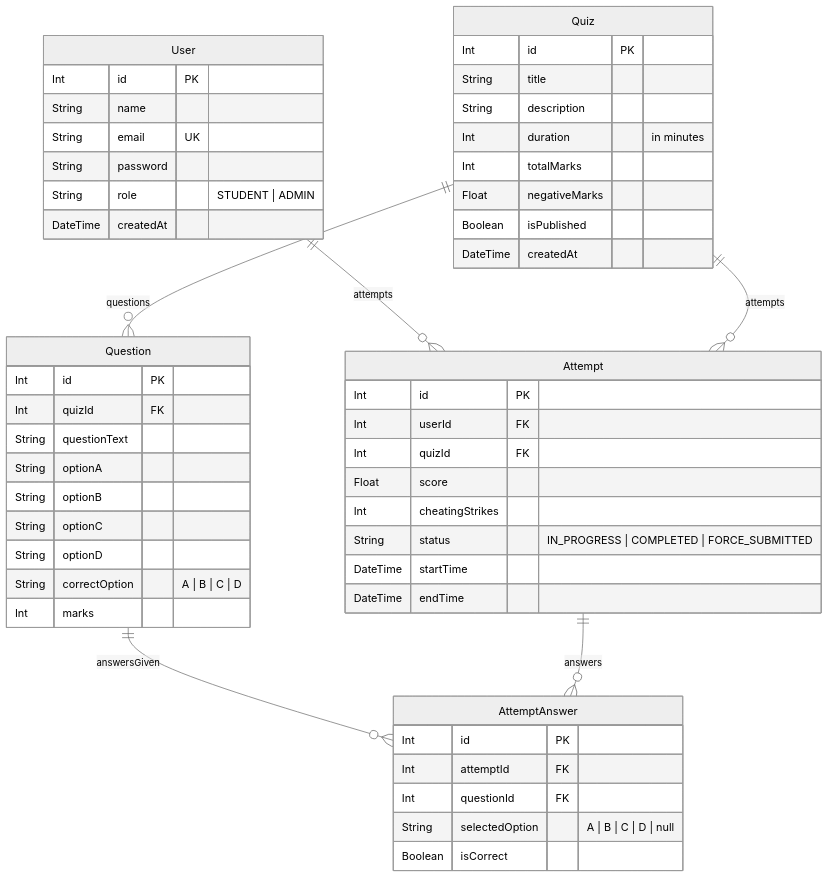
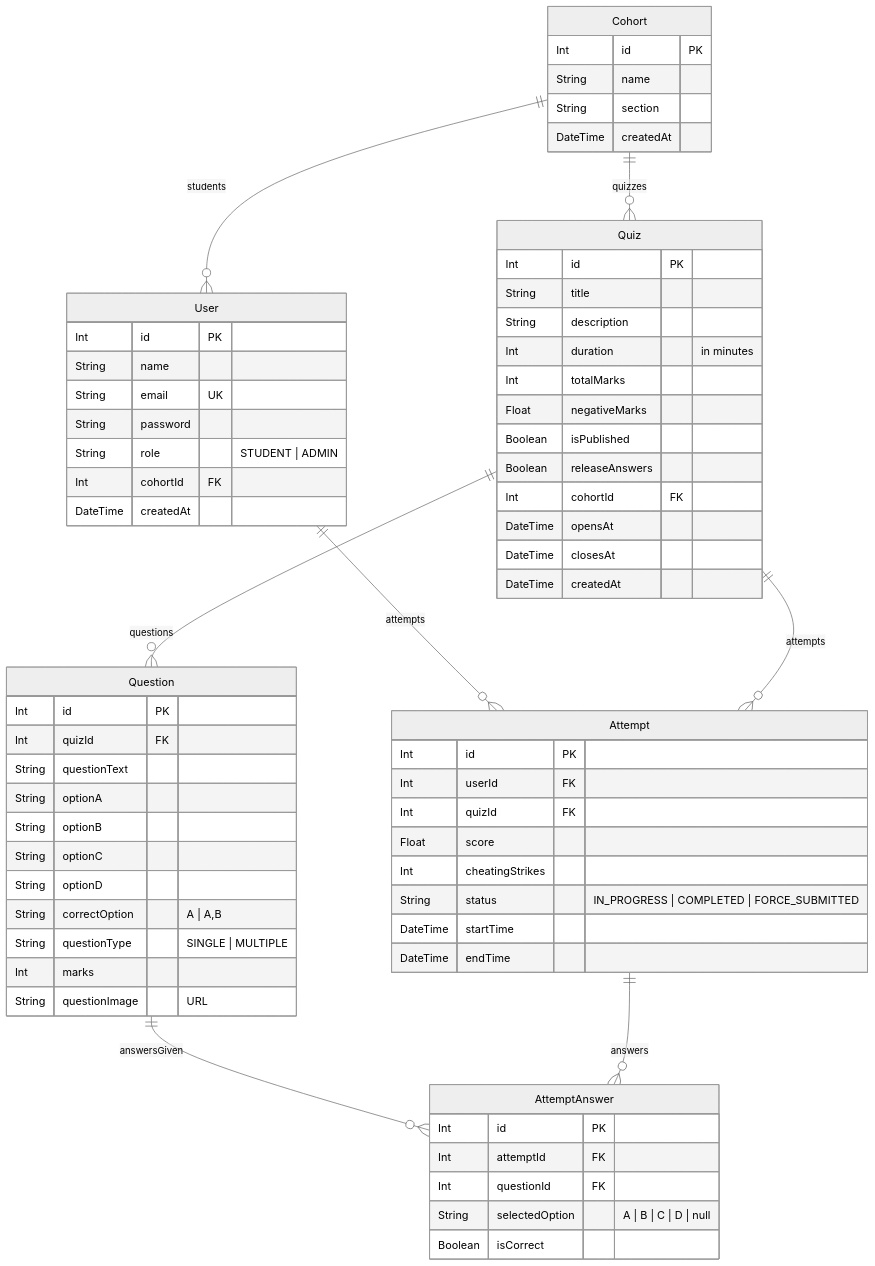
The diagram in README.md (Ojaswi-Gupta/task_managrer_cog), drawn with Mermaid (neutral theme) before and after one commit. The commit also changed other lines of this file, not shown here.

Commit message:
docs: Update README with latest architecture and features

````diff
--- a/README.md
+++ b/README.md
@@ -58,59 +69,75 @@
 ```mermaid
 erDiagram
+    Cohort ||--o{ User : "students"
+    Cohort ||--o{ Quiz : "quizzes"
     User ||--o{ Attempt : "attempts"
     Quiz ||--o{ Question : "questions"
     Quiz ||--o{ Attempt : "attempts"
     Question ||--o{ AttemptAnswer : "answersGiven"
     Attempt ||--o{ AttemptAnswer : "answers"
 
     User {
         Int id PK
         String name
         String email UK
         String password
         String role "STUDENT | ADMIN"
+        Int cohortId FK
+        DateTime createdAt
+    }
+
+    Cohort {
+        Int id PK
+        String name
+        String section
         DateTime createdAt
     }
 
     Quiz {
         Int id PK
         String title
         String description
         Int duration "in minutes"
         Int totalMarks
         Float negativeMarks
         Boolean isPublished
+        Boolean releaseAnswers
+        Int cohortId FK
+        DateTime opensAt
+        DateTime closesAt
         DateTime createdAt
     }
 
     Question {
         Int id PK
         Int quizId FK
         String questionText
         String optionA
         String optionB
         String optionC
         String optionD
-        String correctOption "A | B | C | D"
+        String correctOption "A | A,B"
+        String questionType "SINGLE | MULTIPLE"
         Int marks
+        String questionImage "URL"
     }
 
     Attempt {
         Int id PK
         Int userId FK
         Int quizId FK
         Float score
         Int cheatingStrikes
         String status "IN_PROGRESS | COMPLETED | FORCE_SUBMITTED"
         DateTime startTime
         DateTime endTime
     }
 
     AttemptAnswer {
         Int id PK
         Int attemptId FK
         Int questionId FK
         String selectedOption "A | B | C | D | null"
         Boolean isCorrect
     }
 ```
````
